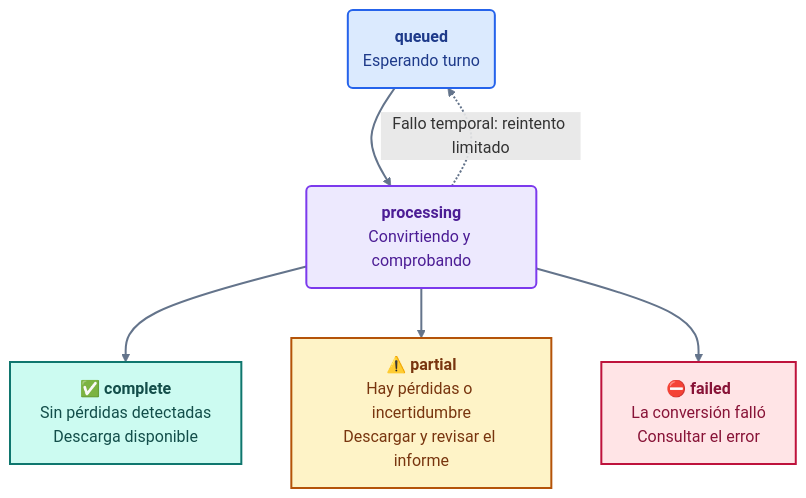
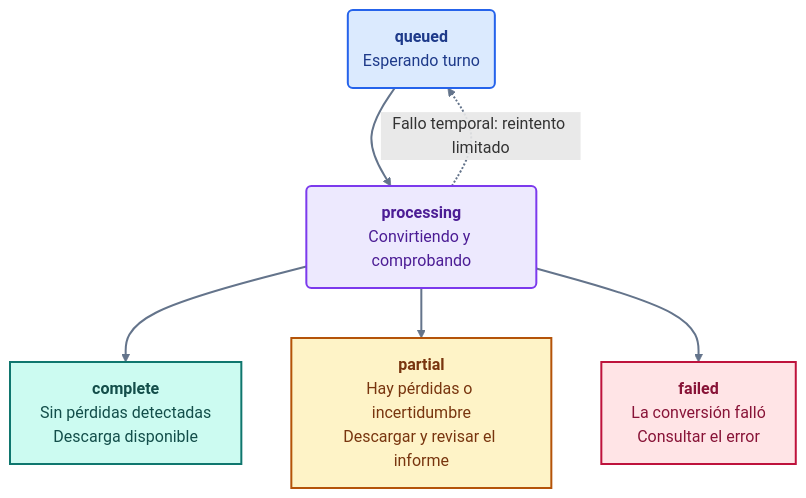
One commit to jpadillaa/rs_okf_microservice changed the fourth of 7 diagrams in README.md. Above: the diagram before and after it, drawn with Mermaid. The commit also changed other lines of this file and 13 other files, not shown here.

First line of the commit message:
Reorganize the documentation and drop renumbered schemas

````diff
--- a/README.md
+++ b/README.md
@@ -210,21 +210,21 @@
 ```mermaid
 flowchart TD
     accTitle: Estados de un trabajo y qué hacer en cada caso
     accDescr: Un trabajo pasa de queued a processing. Puede terminar complete, partial o failed. Un fallo temporal puede devolverlo a la cola para un reintento limitado.
     d4_queue("<b>queued</b><br/>Esperando turno") --> d4_work("<b>processing</b><br/>Convirtiendo y comprobando")
-    d4_work --> d4_complete["✅ <b>complete</b><br/>Sin pérdidas detectadas<br/>Descarga disponible"]
-    d4_work --> d4_partial["⚠️ <b>partial</b><br/>Hay pérdidas o incertidumbre<br/>Descargar y revisar el informe"]
-    d4_work --> d4_failed["⛔ <b>failed</b><br/>La conversión falló<br/>Consultar el error"]
+    d4_work --> d4_complete["<b>complete</b><br/>Sin pérdidas detectadas<br/>Descarga disponible"]
+    d4_work --> d4_partial["<b>partial</b><br/>Hay pérdidas o incertidumbre<br/>Descargar y revisar el informe"]
+    d4_work --> d4_failed["<b>failed</b><br/>La conversión falló<br/>Consultar el error"]
     d4_work -.->|Fallo temporal: reintento limitado| d4_queue
     classDef input fill:#DBEAFE,stroke:#2563EB,color:#1E3A8A,stroke-width:2px;
     classDef process fill:#EDE9FE,stroke:#7C3AED,color:#4C1D95,stroke-width:2px;
     classDef output fill:#CCFBF1,stroke:#0F766E,color:#134E4A,stroke-width:2px;
     classDef review fill:#FEF3C7,stroke:#B45309,color:#78350F,stroke-width:2px;
     classDef error fill:#FFE4E6,stroke:#BE123C,color:#881337,stroke-width:2px;
     class d4_queue input;
     class d4_work process;
     class d4_complete output;
     class d4_partial review;
     class d4_failed error;
     linkStyle default stroke:#64748B,stroke-width:2px;
 ```
````
